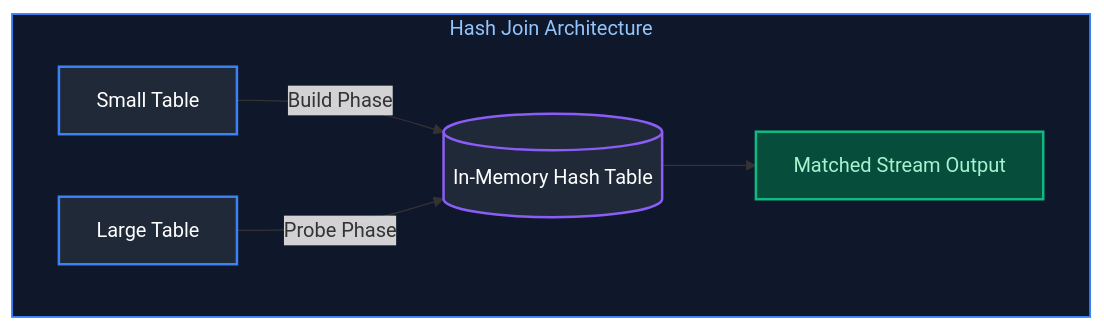
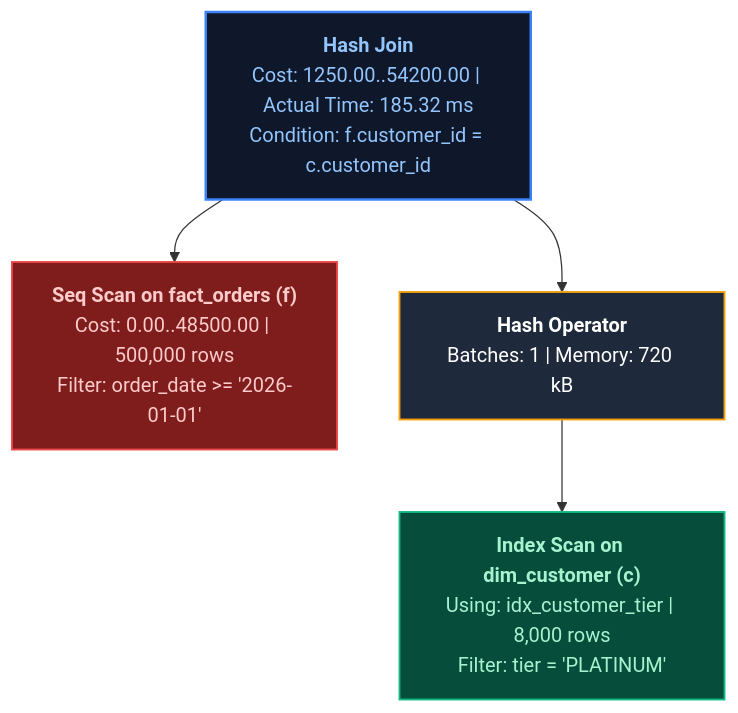
Before and after one commit to joydeep-biswas/Interview-Preparation: diagram 19 of 23 in Data Engineering/04_database_internals_and_performance.md, drawn with Mermaid. The commit also changed other lines of this file and 143 other files, not shown here.

````diff
--- a/Data Engineering/04_database_internals_and_performance.md
+++ b/Data Engineering/04_database_internals_and_performance.md
@@ -1246,15 +1032,16 @@
 ```mermaid
 flowchart TD
-    subgraph HashJoin ["Hash Join Architecture"]
-        SmallTable[Small Table] -->|Build Phase| HashTable[(In-Memory Hash Table)]
-        LargeTable[Large Table] -->|Probe Phase| HashTable
-        HashTable --> Output[Matched Stream Output]
-    end
+    HJ["<b>Hash Join</b><br/>Cost: 1250.00..54200.00 | Actual Time: 185.32 ms<br/>Condition: f.customer_id = c.customer_id"]
+    SeqScan["<b>Seq Scan on fact_orders (f)</b><br/>Cost: 0.00..48500.00 | 500,000 rows<br/>Filter: order_date >= '2026-01-01'"]
+    HashOp["<b>Hash Operator</b><br/>Batches: 1 | Memory: 720 kB"]
+    IdxScan["<b>Index Scan on dim_customer (c)</b><br/>Using: idx_customer_tier | 8,000 rows<br/>Filter: tier = 'PLATINUM'"]
 
-    style HashJoin fill:#0f172a,stroke:#3b82f6,stroke-width:1.5px,color:#93c5fd
+    HJ --> SeqScan
+    HJ --> HashOp
+    HashOp --> IdxScan
 
-    style SmallTable fill:#1f2937,stroke:#3b82f6,stroke-width:2px,color:#fff
-    style HashTable fill:#1f2937,stroke:#8b5cf6,stroke-width:2px,color:#fff
-    style LargeTable fill:#1f2937,stroke:#3b82f6,stroke-width:2px,color:#fff
-    style Output fill:#064e3b,stroke:#10b981,stroke-width:2px,color:#a7f3d0
+    style HJ fill:#0f172a,stroke:#3b82f6,stroke-width:2px,color:#93c5fd
+    style SeqScan fill:#7f1d1d,stroke:#ef4444,stroke-width:1.5px,color:#fecaca
+    style HashOp fill:#1e293b,stroke:#f59e0b,stroke-width:1.5px,color:#fff
+    style IdxScan fill:#064e3b,stroke:#10b981,stroke-width:1.5px,color:#a7f3d0
 ```
````
